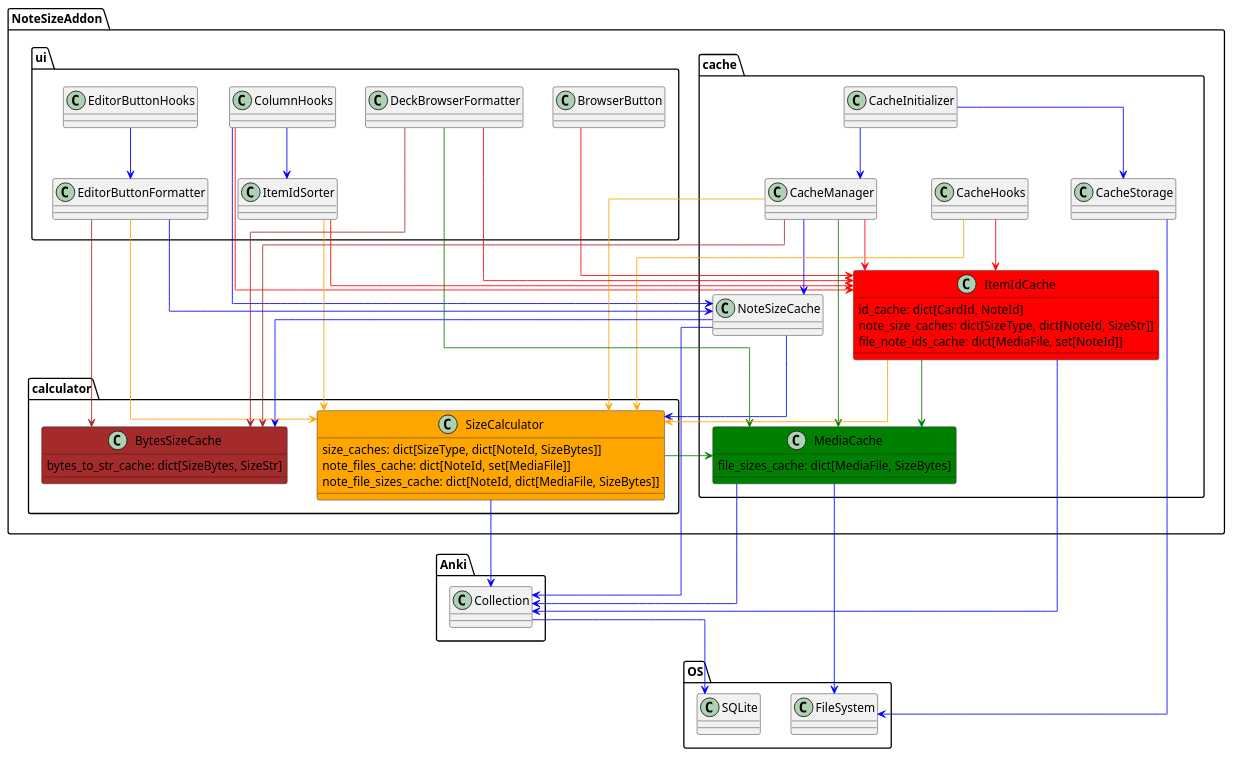
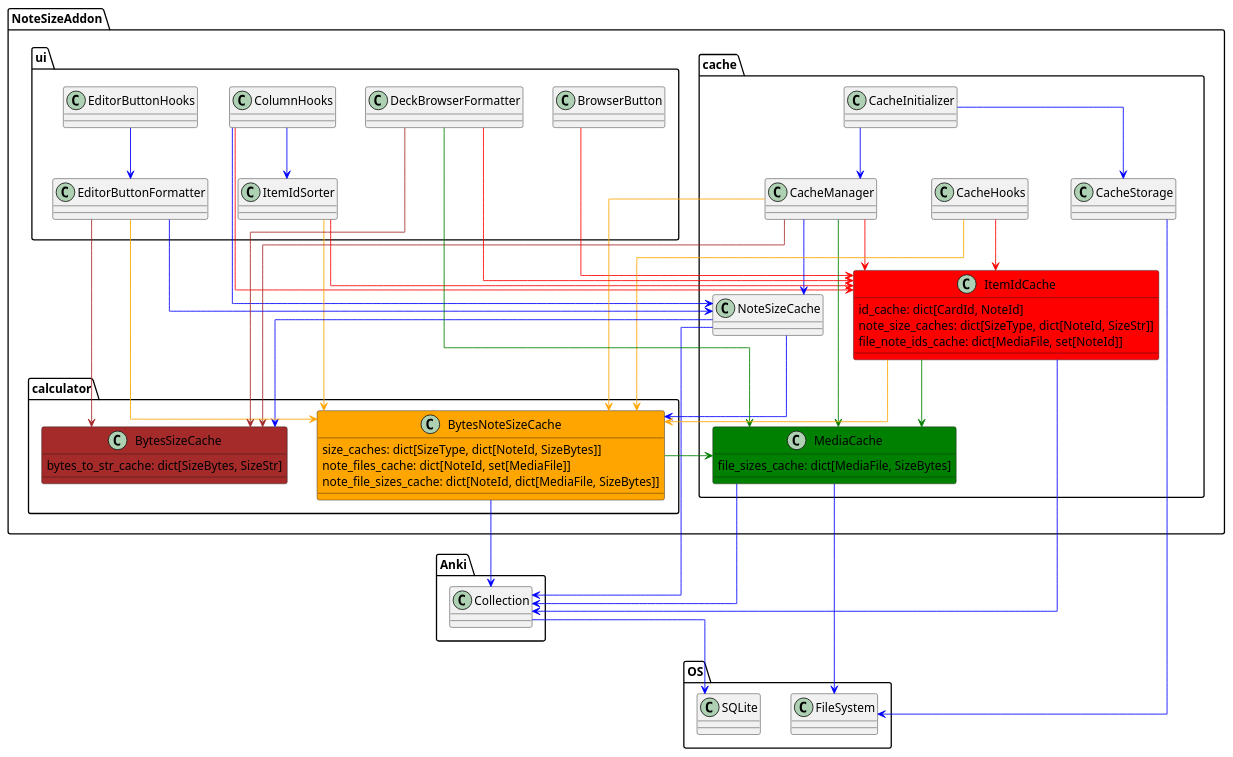
Before and after one commit to Aleks-Ya/note-size-anki-addon: the diagram in docs-template/uml/cache-class-diagram.puml, drawn with PlantUML. The commit also changed 23 other files, not shown here.

Commit message:
Rename SizeCalculator to BytesNoteSizeCache

```diff
--- a/docs-template/uml/cache-class-diagram.puml
+++ b/docs-template/uml/cache-class-diagram.puml
@@ -1,109 +1,109 @@
 @startuml
 skinparam linetype ortho
 skinparam class {
     ArrowColor blue
 }
 'https://plantuml.com/class-diagram
 
 package OS {
     class SQLite
     class FileSystem
 }
 
 package Anki {
     class Collection
 }
 
 package NoteSizeAddon {
 
     package calculator {
-        class SizeCalculator #orange {
+        class BytesNoteSizeCache #orange {
             size_caches: dict[SizeType, dict[NoteId, SizeBytes]]
             note_files_cache: dict[NoteId, set[MediaFile]]
             note_file_sizes_cache: dict[NoteId, dict[MediaFile, SizeBytes]]
         }
         class BytesSizeCache #brown {
             bytes_to_str_cache: dict[SizeBytes, SizeStr]
         }
     }
 
     package cache {
         class CacheManager
         class CacheHooks
         class ItemIdCache #red {
             id_cache: dict[CardId, NoteId]
             note_size_caches: dict[SizeType, dict[NoteId, SizeStr]]
             file_note_ids_cache: dict[MediaFile, set[NoteId]]
         }
         class MediaCache #green {
             file_sizes_cache: dict[MediaFile, SizeBytes]
         }
         class CacheInitializer
         class CacheStorage
         class NoteSizeCache
     }
 
     package ui {
         together {
                 class EditorButtonHooks
             class EditorButtonFormatter
         }
         class BrowserButton
         class DeckBrowserFormatter
         together {
             class ColumnHooks
             class ItemIdSorter
         }
     }
 }
 
 BrowserButton --> ItemIdCache #red
 
 EditorButtonHooks --> EditorButtonFormatter
 
 ColumnHooks --> ItemIdCache #red
 ColumnHooks --> ItemIdSorter
 ColumnHooks --> NoteSizeCache
 
 ItemIdSorter --> ItemIdCache #red
-ItemIdSorter --> SizeCalculator #orange
+ItemIdSorter --> BytesNoteSizeCache #orange
 
 CacheInitializer --> CacheManager
 CacheInitializer --> CacheStorage
 
 CacheManager --> MediaCache #green
 CacheManager --> ItemIdCache #red
-CacheManager --> SizeCalculator #orange
+CacheManager --> BytesNoteSizeCache #orange
 CacheManager --> BytesSizeCache #brown
 CacheManager --> NoteSizeCache
 
 CacheHooks --> ItemIdCache #red
-CacheHooks --> SizeCalculator #orange
+CacheHooks --> BytesNoteSizeCache #orange
 
 NoteSizeCache --> Collection
-NoteSizeCache --> SizeCalculator
+NoteSizeCache --> BytesNoteSizeCache
 NoteSizeCache --> BytesSizeCache
 
 Collection --> SQLite
 
 EditorButtonFormatter --> NoteSizeCache
-EditorButtonFormatter --> SizeCalculator #orange
+EditorButtonFormatter --> BytesNoteSizeCache #orange
 EditorButtonFormatter --> BytesSizeCache #brown
 
 DeckBrowserFormatter --> ItemIdCache #red
 DeckBrowserFormatter --> MediaCache #green
 DeckBrowserFormatter --> BytesSizeCache #brown
 
-SizeCalculator --> Collection
-SizeCalculator --> MediaCache #green
+BytesNoteSizeCache --> Collection
+BytesNoteSizeCache --> MediaCache #green
 
 CacheStorage --> FileSystem
 
 ItemIdCache --> Collection
-ItemIdCache --> SizeCalculator #orange
+ItemIdCache --> BytesNoteSizeCache #orange
 ItemIdCache --> MediaCache #green
 
 MediaCache --> Collection
 MediaCache --> FileSystem
 
 @enduml
```
